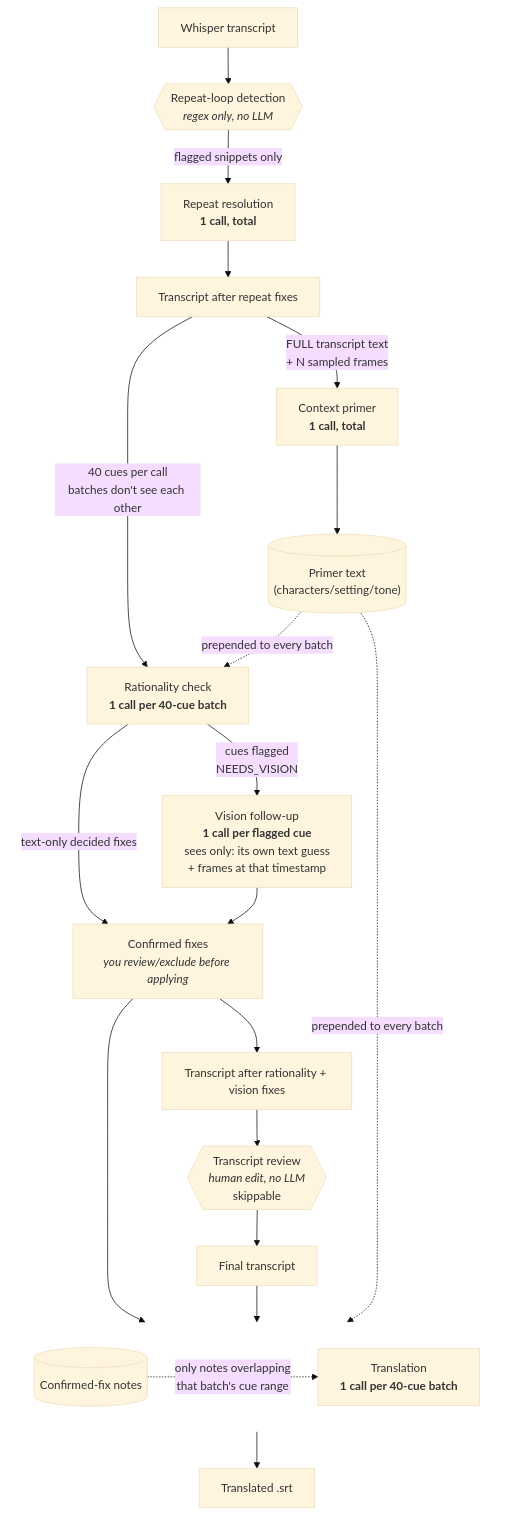
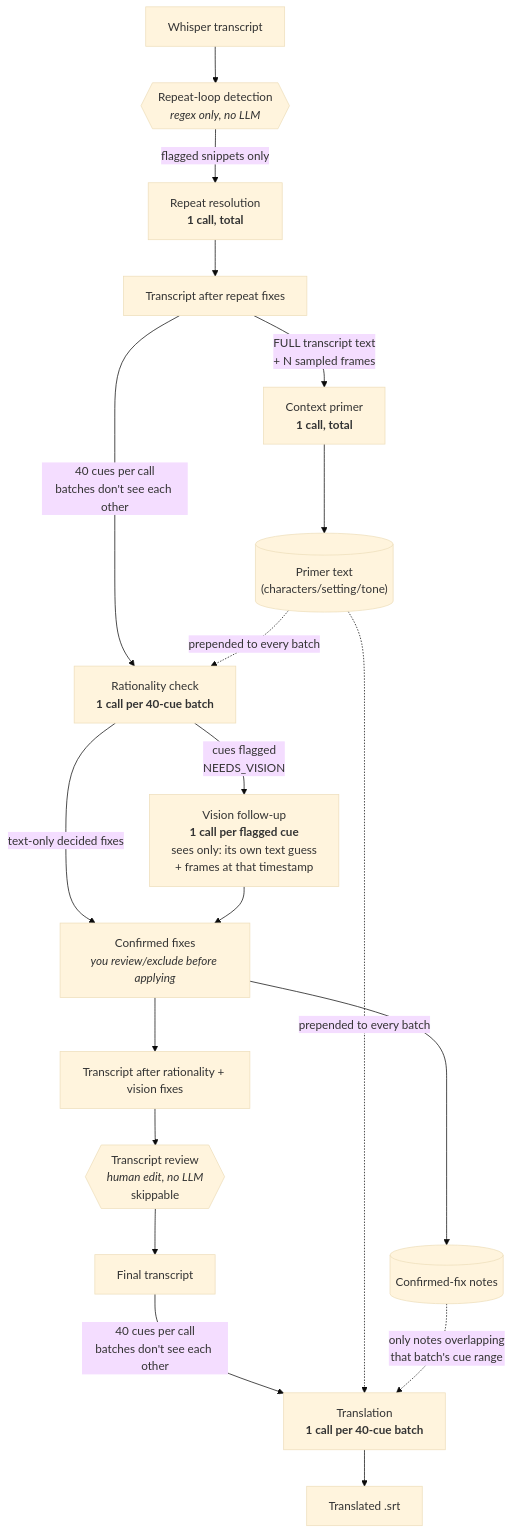
Before and after one commit to JonathanOrr/LocalSub: the diagram in README.md, drawn with Mermaid (base theme).

Commit message:
Fix broken arrows in the README's LLM-context diagram on GitHub
The subgraph + direction LR trick used to line up "Confirmed-fix
notes" next to "Translation" rendered fine in preview but broke on
GitHub's Mermaid version: edges crossing into the subgraph (from
Confirmed fixes and Final transcript) failed to connect, leaving
dangling arrows. Reverting to a plain flowchart without subgraphs -
notes and translation are no longer perfectly inline, but every edge
actually connects.

````diff
--- a/README.md
+++ b/README.md
@@ -49,34 +49,29 @@
 ```mermaid
 flowchart TD
     A[Whisper transcript] --> B{{"Repeat-loop detection<br/><i>regex only, no LLM</i>"}}
 
     B -->|"flagged snippets only"| C["Repeat resolution<br/><b>1 call, total</b>"]
     C --> D[Transcript after repeat fixes]
 
+    D -->|"FULL transcript text<br/>+ N sampled frames"| E["Context primer<br/><b>1 call, total</b>"]
+    E --> P[("Primer text<br/>(characters/setting/tone)")]
+
     D -->|"40 cues per call<br/>batches don't see each other"| F["Rationality check<br/><b>1 call per 40-cue batch</b>"]
+    P -.->|"prepended to every batch"| F
 
     F -->|"cues flagged<br/>NEEDS_VISION"| G["Vision follow-up<br/><b>1 call per flagged cue</b><br/>sees only: its own text guess<br/>+ frames at that timestamp"]
     F -->|"text-only decided fixes"| CC["Confirmed fixes<br/><i>you review/exclude before applying</i>"]
     G --> CC
 
+    CC --> N[("Confirmed-fix notes")]
     CC --> R[Transcript after rationality + vision fixes]
 
     R --> V{{"Transcript review<br/><i>human edit, no LLM</i><br/>skippable"}}
     V --> R2[Final transcript]
 
-    subgraph SG2[" "]
-        direction LR
-        N[("Confirmed-fix notes")] -.->|"only notes overlapping<br/>that batch's cue range"| H["Translation<br/><b>1 call per 40-cue batch</b>"]
-    end
-    CC --> N
-    R2 --> H
-
-    D -->|"FULL transcript text<br/>+ N sampled frames"| E["Context primer<br/><b>1 call, total</b>"]
-    E --> P[("Primer text<br/>(characters/setting/tone)")]
-    P -.->|"prepended to every batch"| F
+    R2 -->|"40 cues per call<br/>batches don't see each other"| H["Translation<br/><b>1 call per 40-cue batch</b>"]
     P -.->|"prepended to every batch"| H
+    N -.->|"only notes overlapping<br/>that batch's cue range"| H
 
     H --> Z[Translated .srt]
-
-    style SG2 fill:transparent,stroke:transparent
 ```
````
